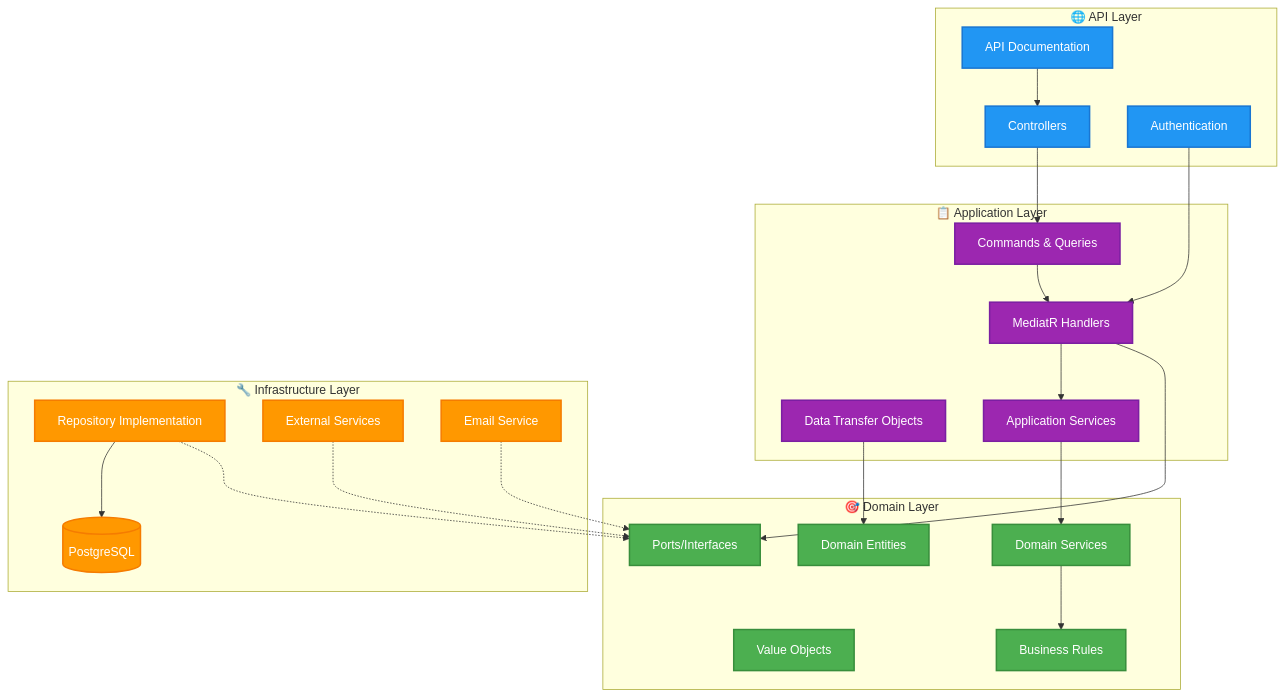
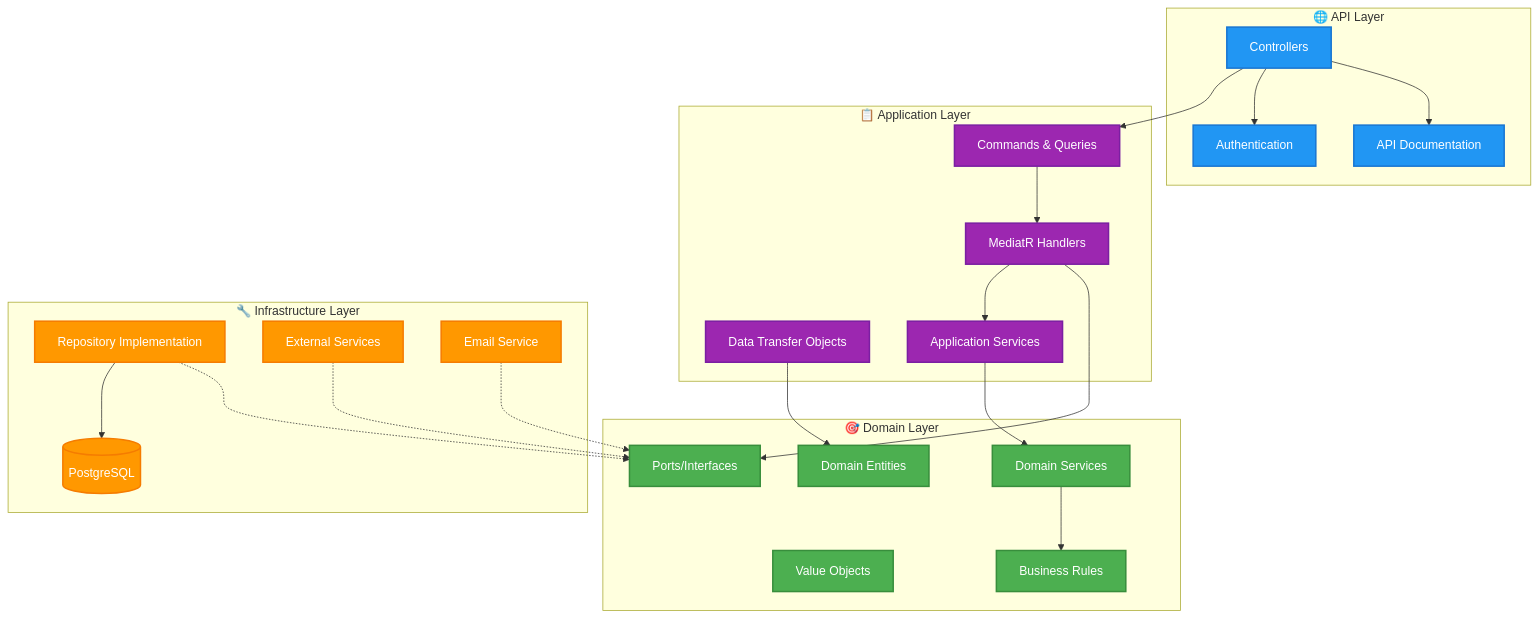
One commit to asanabrial/.net-api-hexagonal-skeleton changed the diagram in README.md. Above: the diagram before and after it, drawn with Mermaid. The commit also changed other lines of this file, not shown here.

Commit message:
refactor: Update API layer dependencies and clarify project structure in README.md

````diff
--- a/README.md
+++ b/README.md
@@ -49,59 +49,59 @@
 ```mermaid
 graph TB
     subgraph "🌐 API Layer"
         API[Controllers]
         Auth[Authentication]
         Swagger[API Documentation]
     end
 
     subgraph "📋 Application Layer"
         CQRS[Commands & Queries]
         Handlers[MediatR Handlers]
         DTOs[Data Transfer Objects]
         AppServices[Application Services]
     end
 
     subgraph "🎯 Domain Layer"
         Entities[Domain Entities]
         ValueObjects[Value Objects]
         DomainServices[Domain Services]
         BusinessRules[Business Rules]
         Ports[Ports/Interfaces]
     end
 
     subgraph "🔧 Infrastructure Layer"
         Database[(PostgreSQL)]
         Repositories[Repository Implementation]
         ExternalAPIs[External Services]
         EmailService[Email Service]
     end
 
     %% Dependencies
     API --> CQRS
-    Auth --> Handlers
-    Swagger --> API
+    API --> Auth
+    API --> Swagger
 
     CQRS --> Handlers
     Handlers --> AppServices
     DTOs --> Entities
 
     AppServices --> DomainServices
     DomainServices --> BusinessRules
     Handlers --> Ports
 
     Repositories --> Database
     Repositories -.-> Ports
     ExternalAPIs -.-> Ports
     EmailService -.-> Ports
 
     %% Styling with better contrast
     classDef apiLayer fill:#2196F3,stroke:#1976D2,stroke-width:2px,color:#fff
     classDef appLayer fill:#9C27B0,stroke:#7B1FA2,stroke-width:2px,color:#fff
     classDef domainLayer fill:#4CAF50,stroke:#388E3C,stroke-width:2px,color:#fff
     classDef infraLayer fill:#FF9800,stroke:#F57C00,stroke-width:2px,color:#fff
 
     class API,Auth,Swagger apiLayer
     class CQRS,Handlers,DTOs,AppServices appLayer
     class Entities,ValueObjects,DomainServices,BusinessRules,Ports domainLayer
     class Database,Repositories,ExternalAPIs,EmailService infraLayer
 ```
````
